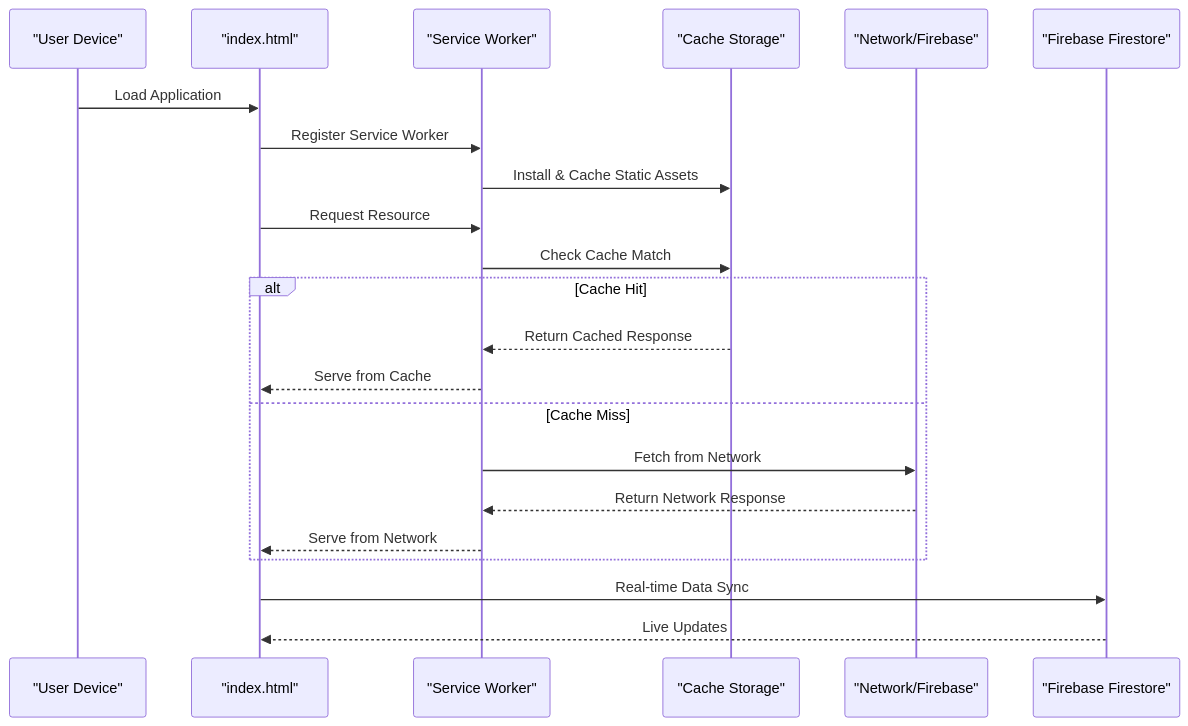
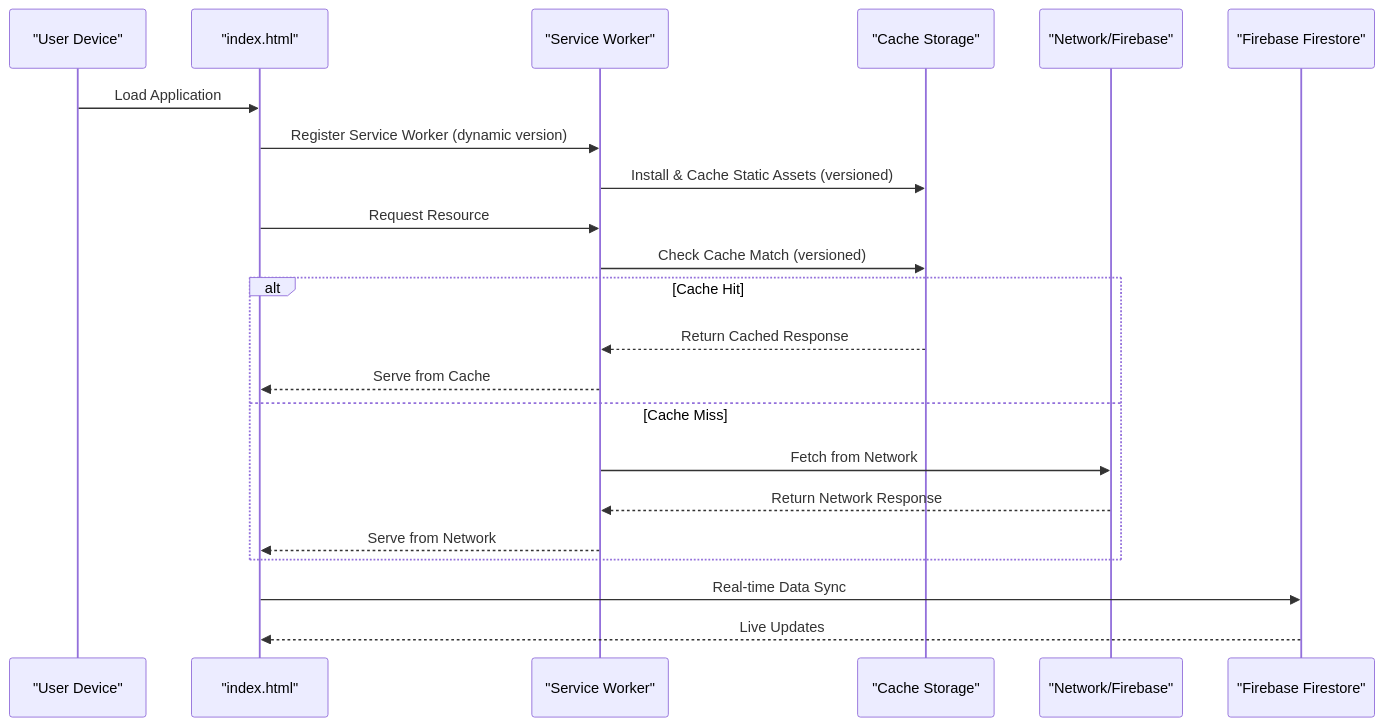
One commit to enga018/newserchhipnorthvc changed the second of 7 diagrams in .qoder/repowiki/en/content/Technical Architecture/Progressive Web App Implementation.md. Above: the diagram before and after it, drawn with Mermaid. The commit also changed other lines of this file and 10 other files, not shown here.

````diff
--- a/.qoder/repowiki/en/content/Technical Architecture/Progressive Web App Implementation.md
+++ b/.qoder/repowiki/en/content/Technical Architecture/Progressive Web App Implementation.md
@@ -81,24 +88,24 @@
 ```mermaid
 sequenceDiagram
 participant User as "User Device"
 participant App as "index.html"
 participant SW as "Service Worker"
 participant Cache as "Cache Storage"
 participant Network as "Network/Firebase"
 participant DB as "Firebase Firestore"
 User->>App : Load Application
-App->>SW : Register Service Worker
-SW->>Cache : Install & Cache Static Assets
+App->>SW : Register Service Worker (dynamic version)
+SW->>Cache : Install & Cache Static Assets (versioned)
 App->>SW : Request Resource
-SW->>Cache : Check Cache Match
+SW->>Cache : Check Cache Match (versioned)
 alt Cache Hit
 Cache-->>SW : Return Cached Response
 SW-->>App : Serve from Cache
 else Cache Miss
 SW->>Network : Fetch from Network
 Network-->>SW : Return Network Response
 SW-->>App : Serve from Network
 end
 App->>DB : Real-time Data Sync
 DB-->>App : Live Updates
 ```
````
